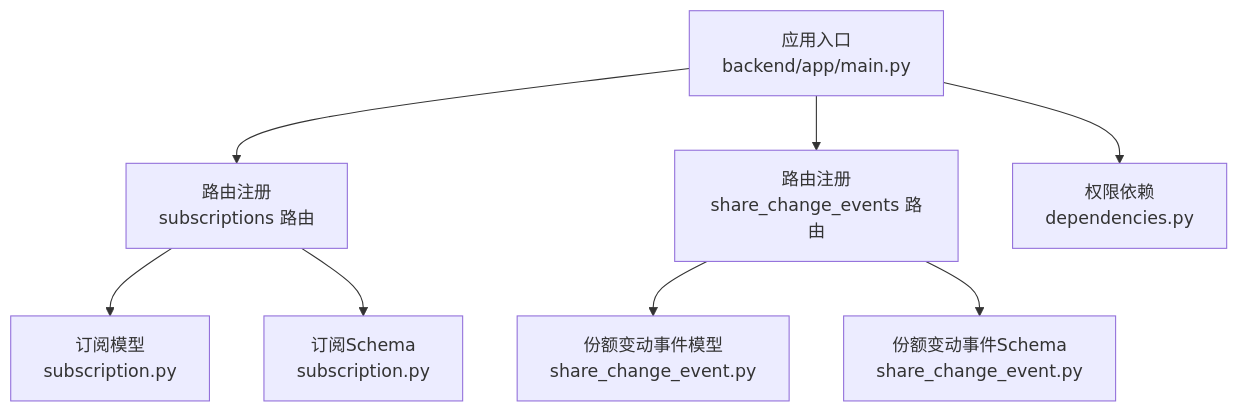
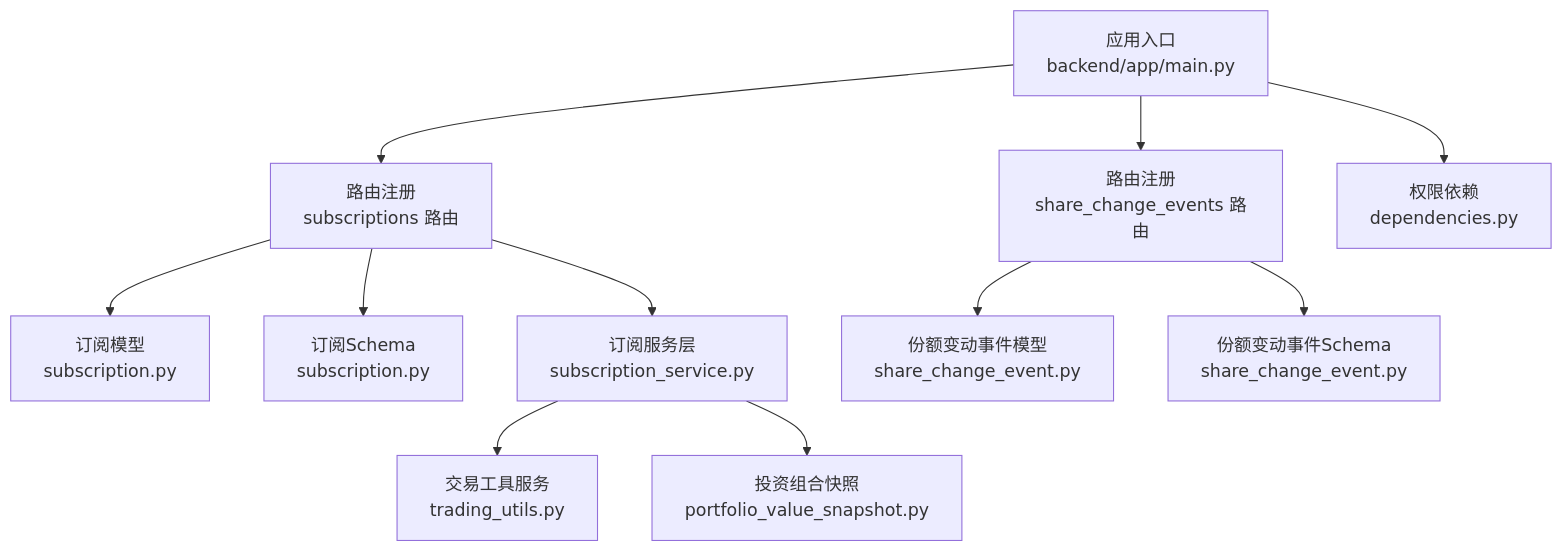
Before and after one commit to gujialind/InvestRing: the first of 7 diagrams in .qoder/repowiki/zh/content/后端API文档/申购赎回API.md, drawn with Mermaid. The commit also changed other lines of this file and 39 other files, not shown here.

````diff
--- a/.qoder/repowiki/zh/content/后端API文档/申购赎回API.md
+++ b/.qoder/repowiki/zh/content/后端API文档/申购赎回API.md
@@ -51,10 +58,13 @@
 ```mermaid
 graph TB
 A["应用入口<br/>backend/app/main.py"] --> B["路由注册<br/>subscriptions 路由"]
 A --> C["路由注册<br/>share_change_events 路由"]
 B --> D["订阅模型<br/>subscription.py"]
 B --> E["订阅Schema<br/>subscription.py"]
-C --> F["份额变动事件模型<br/>share_change_event.py"]
-C --> G["份额变动事件Schema<br/>share_change_event.py"]
-A --> H["权限依赖<br/>dependencies.py"]
+B --> F["订阅服务层<br/>subscription_service.py"]
+C --> G["份额变动事件模型<br/>share_change_event.py"]
+C --> H["份额变动事件Schema<br/>share_change_event.py"]
+A --> I["权限依赖<br/>dependencies.py"]
+F --> J["交易工具服务<br/>trading_utils.py"]
+F --> K["投资组合快照<br/>portfolio_value_snapshot.py"]
 ```
````
